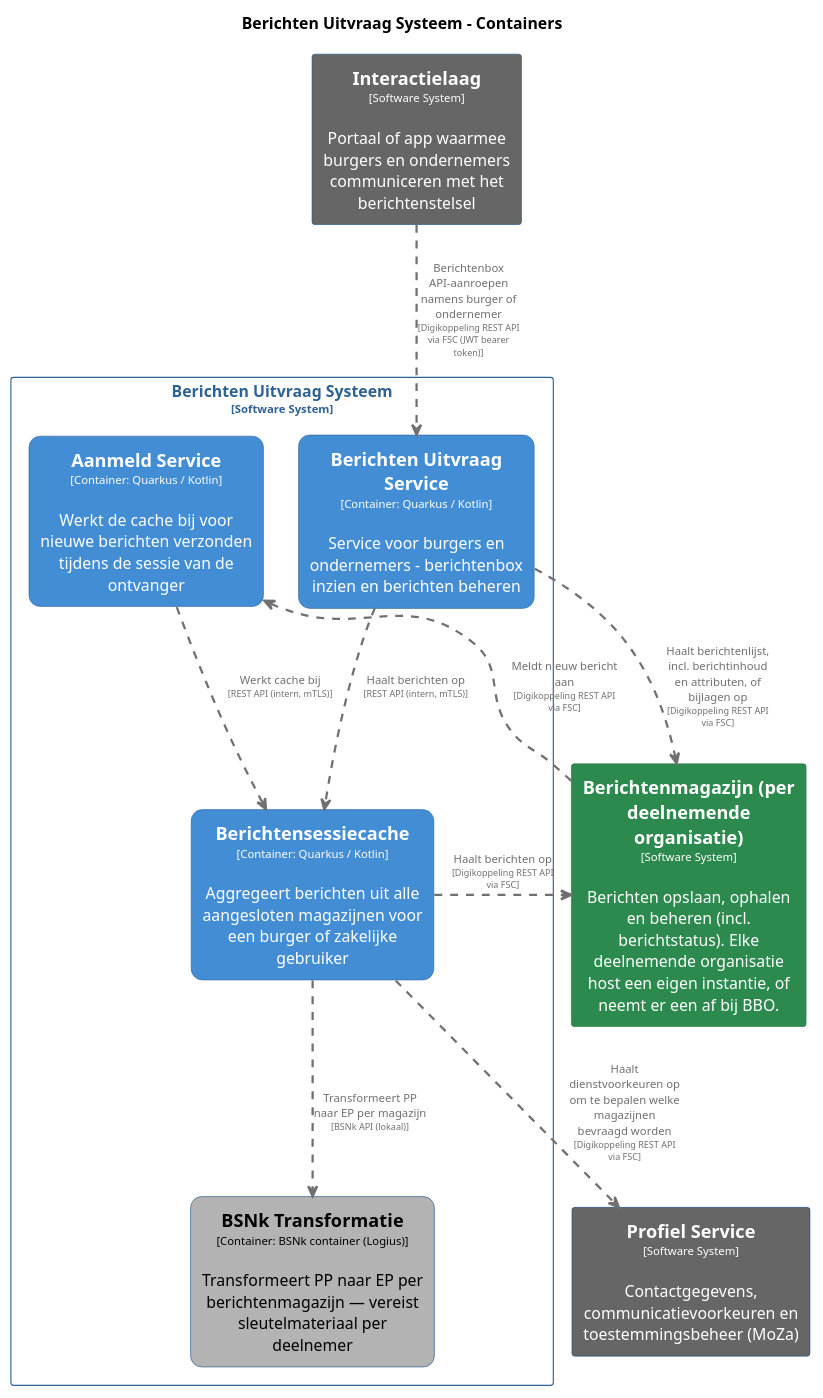
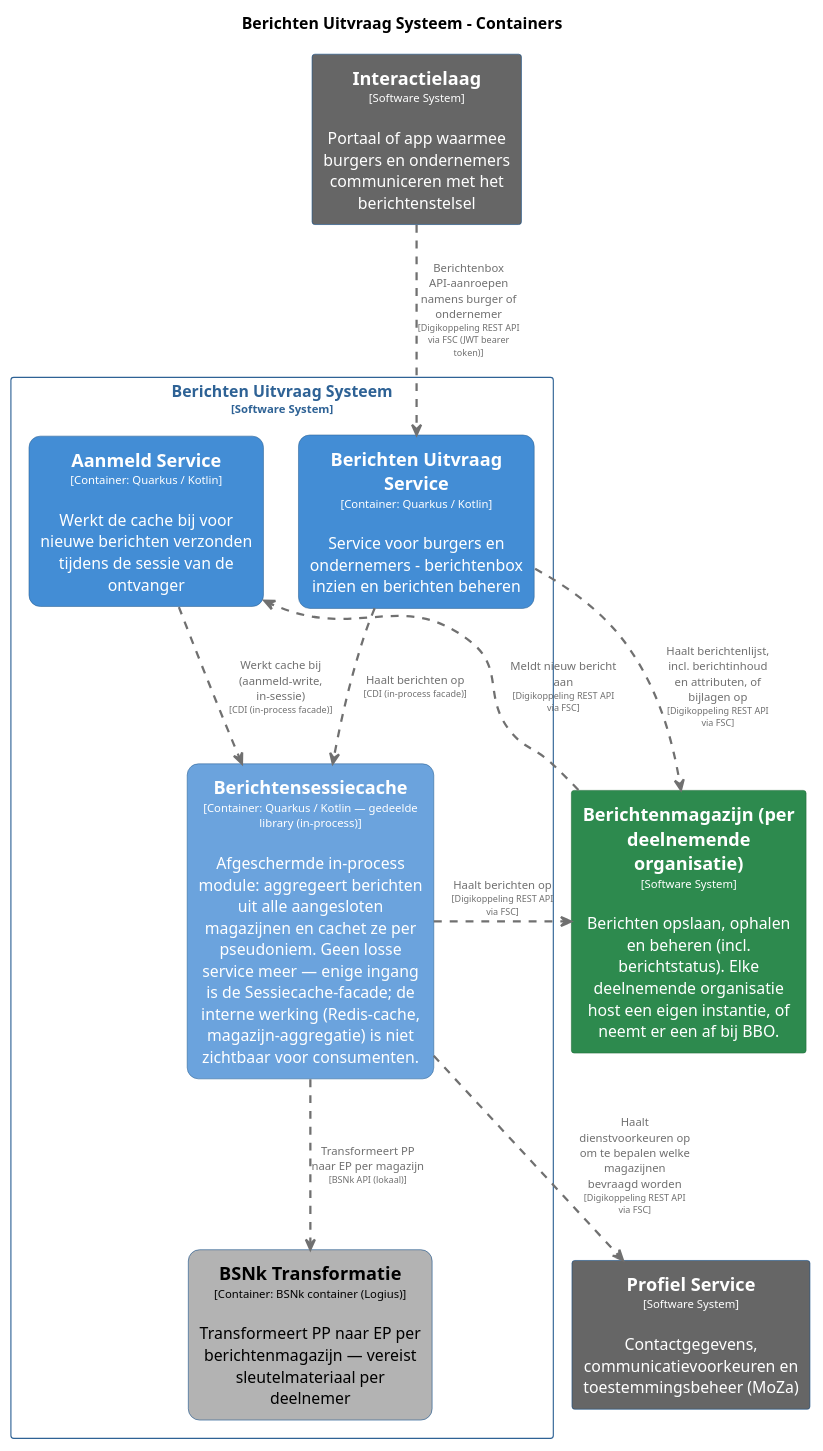
One commit to MinBZK/moza-poc-fbs-berichtenbox changed the diagram in master/puml/BerichtenUitvraagSysteemContainers.puml. Above: the diagram before and after it, drawn with PlantUML. The commit also changed 17 other files, not shown here.

```diff
--- a/master/puml/BerichtenUitvraagSysteemContainers.puml
+++ b/master/puml/BerichtenUitvraagSysteemContainers.puml
@@ -1,89 +1,89 @@
 @startuml
 set separator none
 title Berichten Uitvraag Systeem - Containers
 
 top to bottom direction
 skinparam ranksep 60
 skinparam nodesep 30
 
 skinparam {
   arrowFontSize 10
   defaultTextAlignment center
   wrapWidth 200
   maxMessageSize 100
 }
 
 hide stereotype
 
 skinparam rectangle<<BerichtenUitvraagSysteem.AanmeldService>> {
   BackgroundColor #438dd5
   FontColor #ffffff
   BorderColor #2e6295
   roundCorner 20
   shadowing false
 }
 skinparam rectangle<<BerichtenUitvraagSysteem.BSNkTransformatie>> {
   BackgroundColor #b3b3b3
   FontColor #000000
   BorderColor #0b4884
   roundCorner 20
   shadowing false
 }
 skinparam rectangle<<BerichtenUitvraagSysteem.BerichtenUitvraagService>> {
   BackgroundColor #438dd5
   FontColor #ffffff
   BorderColor #2e6295
   roundCorner 20
   shadowing false
 }
 skinparam rectangle<<Berichtenmagazijnperdeelnemendeorganisatie>> {
   BackgroundColor #2d8a4e
   FontColor #ffffff
   BorderColor #1e6b38
   shadowing false
 }
 skinparam rectangle<<BerichtenUitvraagSysteem.Berichtensessiecache>> {
-  BackgroundColor #438dd5
+  BackgroundColor #6ba3dd
   FontColor #ffffff
   BorderColor #2e6295
   roundCorner 20
   shadowing false
 }
 skinparam rectangle<<Interactielaag>> {
   BackgroundColor #666666
   FontColor #ffffff
   BorderColor #0b4884
   shadowing false
 }
 skinparam rectangle<<ProfielService>> {
   BackgroundColor #666666
   FontColor #ffffff
   BorderColor #0b4884
   shadowing false
 }
 skinparam rectangle<<BerichtenUitvraagSysteem>> {
   BorderColor #2e6295
   FontColor #2e6295
   shadowing false
 }
 
 rectangle "==Profiel Service\n<size:10>[Software System]</size>\n\nContactgegevens, communicatievoorkeuren en toestemmingsbeheer (MoZa)" <<ProfielService>> as ProfielService
 rectangle "==Interactielaag\n<size:10>[Software System]</size>\n\nPortaal of app waarmee burgers en ondernemers communiceren met het berichtenstelsel" <<Interactielaag>> as Interactielaag
 rectangle "==Berichtenmagazijn (per deelnemende organisatie)\n<size:10>[Software System]</size>\n\nBerichten opslaan, ophalen en beheren (incl. berichtstatus). Elke deelnemende organisatie host een eigen instantie, of neemt er een af bij BBO." <<Berichtenmagazijnperdeelnemendeorganisatie>> as Berichtenmagazijnperdeelnemendeorganisatie
 
 rectangle "Berichten Uitvraag Systeem\n<size:10>[Software System]</size>" <<BerichtenUitvraagSysteem>> {
-  rectangle "==Berichtensessiecache\n<size:10>[Container: Quarkus / Kotlin]</size>\n\nAggregeert berichten uit alle aangesloten magazijnen voor een burger of zakelijke gebruiker" <<BerichtenUitvraagSysteem.Berichtensessiecache>> as BerichtenUitvraagSysteem.Berichtensessiecache
+  rectangle "==Berichtensessiecache\n<size:10>[Container: Quarkus / Kotlin — gedeelde library (in-process)]</size>\n\nAfgeschermde in-process module: aggregeert berichten uit alle aangesloten magazijnen en cachet ze per pseudoniem. Geen losse service meer — enige ingang is de Sessiecache-facade; de interne werking (Redis-cache, magazijn-aggregatie) is niet zichtbaar voor consumenten." <<BerichtenUitvraagSysteem.Berichtensessiecache>> as BerichtenUitvraagSysteem.Berichtensessiecache
   rectangle "==Berichten Uitvraag Service\n<size:10>[Container: Quarkus / Kotlin]</size>\n\nService voor burgers en ondernemers - berichtenbox inzien en berichten beheren" <<BerichtenUitvraagSysteem.BerichtenUitvraagService>> as BerichtenUitvraagSysteem.BerichtenUitvraagService
   rectangle "==BSNk Transformatie\n<size:10>[Container: BSNk container (Logius)]</size>\n\nTransformeert PP naar EP per berichtenmagazijn — vereist sleutelmateriaal per deelnemer" <<BerichtenUitvraagSysteem.BSNkTransformatie>> as BerichtenUitvraagSysteem.BSNkTransformatie
   rectangle "==Aanmeld Service\n<size:10>[Container: Quarkus / Kotlin]</size>\n\nWerkt de cache bij voor nieuwe berichten verzonden tijdens de sessie van de ontvanger" <<BerichtenUitvraagSysteem.AanmeldService>> as BerichtenUitvraagSysteem.AanmeldService
 }
 
 Berichtenmagazijnperdeelnemendeorganisatie .[#707070,thickness=2].> BerichtenUitvraagSysteem.AanmeldService : "<color:#707070>Meldt nieuw bericht aan\n<color:#707070><size:8>[Digikoppeling REST API via FSC]</size>"
 BerichtenUitvraagSysteem.Berichtensessiecache .[#707070,thickness=2].> ProfielService : "<color:#707070>Haalt dienstvoorkeuren op om te bepalen welke magazijnen bevraagd worden\n<color:#707070><size:8>[Digikoppeling REST API via FSC]</size>"
 BerichtenUitvraagSysteem.Berichtensessiecache .[#707070,thickness=2].> Berichtenmagazijnperdeelnemendeorganisatie : "<color:#707070>Haalt berichten op\n<color:#707070><size:8>[Digikoppeling REST API via FSC]</size>"
 BerichtenUitvraagSysteem.Berichtensessiecache .[#707070,thickness=2].> BerichtenUitvraagSysteem.BSNkTransformatie : "<color:#707070>Transformeert PP naar EP per magazijn\n<color:#707070><size:8>[BSNk API (lokaal)]</size>"
-BerichtenUitvraagSysteem.AanmeldService .[#707070,thickness=2].> BerichtenUitvraagSysteem.Berichtensessiecache : "<color:#707070>Werkt cache bij\n<color:#707070><size:8>[REST API (intern, mTLS)]</size>"
-BerichtenUitvraagSysteem.BerichtenUitvraagService .[#707070,thickness=2].> BerichtenUitvraagSysteem.Berichtensessiecache : "<color:#707070>Haalt berichten op\n<color:#707070><size:8>[REST API (intern, mTLS)]</size>"
+BerichtenUitvraagSysteem.AanmeldService .[#707070,thickness=2].> BerichtenUitvraagSysteem.Berichtensessiecache : "<color:#707070>Werkt cache bij (aanmeld-write, in-sessie)\n<color:#707070><size:8>[CDI (in-process facade)]</size>"
+BerichtenUitvraagSysteem.BerichtenUitvraagService .[#707070,thickness=2].> BerichtenUitvraagSysteem.Berichtensessiecache : "<color:#707070>Haalt berichten op\n<color:#707070><size:8>[CDI (in-process facade)]</size>"
 Interactielaag .[#707070,thickness=2].> BerichtenUitvraagSysteem.BerichtenUitvraagService : "<color:#707070>Berichtenbox API-aanroepen namens burger of ondernemer\n<color:#707070><size:8>[Digikoppeling REST API via FSC (JWT bearer token)]</size>"
 BerichtenUitvraagSysteem.BerichtenUitvraagService .[#707070,thickness=2].> Berichtenmagazijnperdeelnemendeorganisatie : "<color:#707070>Haalt berichtenlijst, incl. berichtinhoud en attributen, of bijlagen op\n<color:#707070><size:8>[Digikoppeling REST API via FSC]</size>"
 @enduml
```
